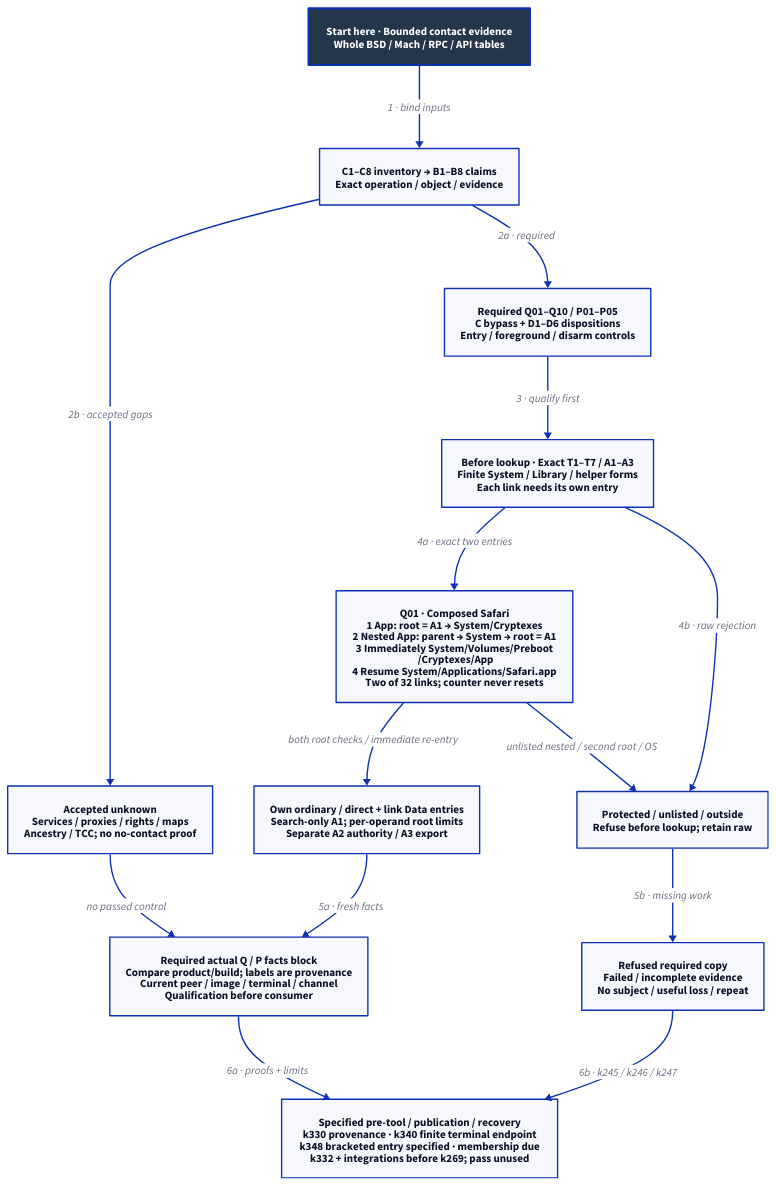
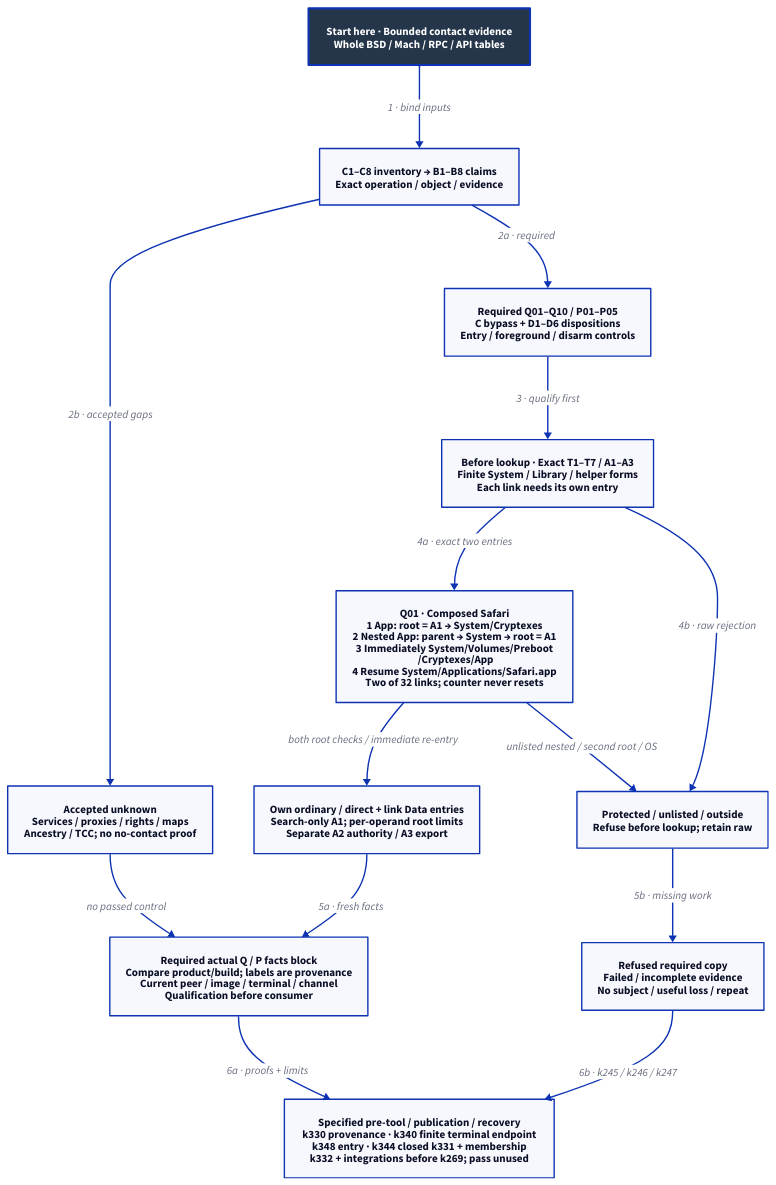
One commit to Linkuistics/Koine changed the diagram in docs/design/architecture/native-reference-contact.d2. Above: the diagram before and after it, drawn with D2. The commit also changed 36 other files, not shown here.

First line of the commit message:
Close whole checkpoint-recovery replacement and freeze its membership (reference-evidence-checkpoint-recovery-k344; closes reference-evidence-checkpoint-recovery-k336, reference-evidence-checkpoint-recovery-k331)

```diff
--- a/docs/design/architecture/native-reference-contact.d2
+++ b/docs/design/architecture/native-reference-contact.d2
@@ -1,29 +1,29 @@
-# Specified k331 mechanisms and k348 bracketed entry; k344 membership and k332 review precede use.
+# K344 closed k331 with new whole membership; k332 review and integrations precede use.
 direction: down
 classes: {
   start: {style: {fill: "#25364B"; font-color: "#FFFFFF"; bold: true; stroke-width: 3}}
 }
 Start: "Start here · Bounded contact evidence\nWhole BSD / Mach / RPC / API tables" {class: start}
 Claims: "C1–C8 inventory → B1–B8 claims\nExact operation / object / evidence"
 Controls: "Required Q01–Q10 / P01–P05\nC bypass + D1–D6 dispositions\nEntry / foreground / disarm controls"
 Unknown: "Accepted unknown\nServices / proxies / rights / maps\nAncestry / TCC; no no-contact proof"
 Policy: "Before lookup · Exact T1–T7 / A1–A3\nFinite System / Library / helper forms\nEach link needs its own entry"
 Safari: "Q01 · Composed Safari\n1 App: root = A1 → System/Cryptexes\n2 Nested App: parent → System → root = A1\n3 Immediately System/Volumes/Preboot\n  /Cryptexes/App\n4 Resume System/Applications/Safari.app\nTwo of 32 links; counter never resets"
 Allowed: "Own ordinary / direct + link Data entries\nSearch-only A1; per-operand root limits\nSeparate A2 authority / A3 export"
 Refuse: "Protected / unlisted / outside\nRefuse before lookup; retain raw"
 Gate: "Required actual Q / P facts block\nCompare product/build; labels are provenance\nCurrent peer / image / terminal / channel\nQualification before consumer"
 Failed: "Refused required copy\nFailed / incomplete evidence\nNo subject / useful loss / repeat"
-Whole: "Specified pre-tool / publication / recovery\nk330 provenance · k340 finite terminal endpoint\nk348 bracketed entry specified · membership due\nk332 + integrations before k269; pass unused"
+Whole: "Specified pre-tool / publication / recovery\nk330 provenance · k340 finite terminal endpoint\nk348 entry · k344 closed k331 + membership\nk332 + integrations before k269; pass unused"
 Start -> Claims: "1 · bind inputs"
 Claims -> Controls: "2a · required"
 Claims -> Unknown: "2b · accepted gaps"
 Controls -> Policy: "3 · qualify first"
 Unknown -> Gate: "no passed control"
 Policy -> Safari: "4a · exact two entries"
 Safari -> Allowed: "both root checks / immediate re-entry"
 Safari -> Refuse: "unlisted nested / second root / OS"
 Policy -> Refuse: "4b · raw rejection"
 Allowed -> Gate: "5a · fresh facts"
 Refuse -> Failed: "5b · missing work"
 Gate -> Whole: "6a · proofs + limits"
 Failed -> Whole: "6b · k245 / k246 / k247"
```
